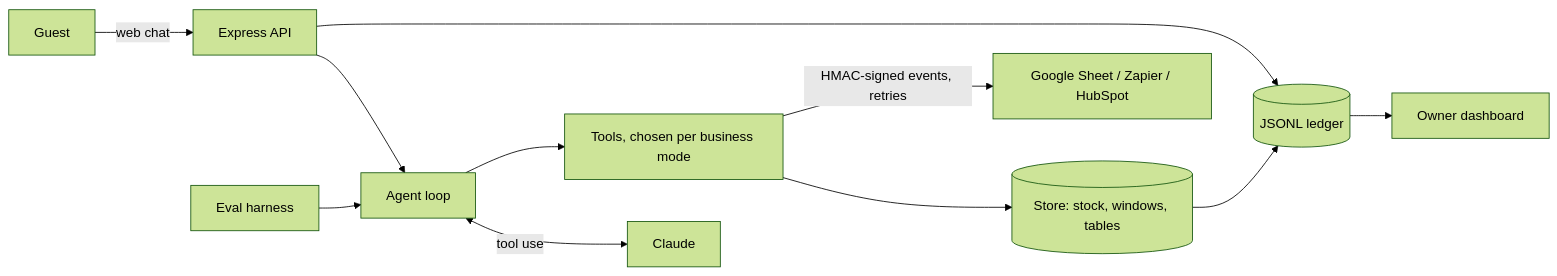
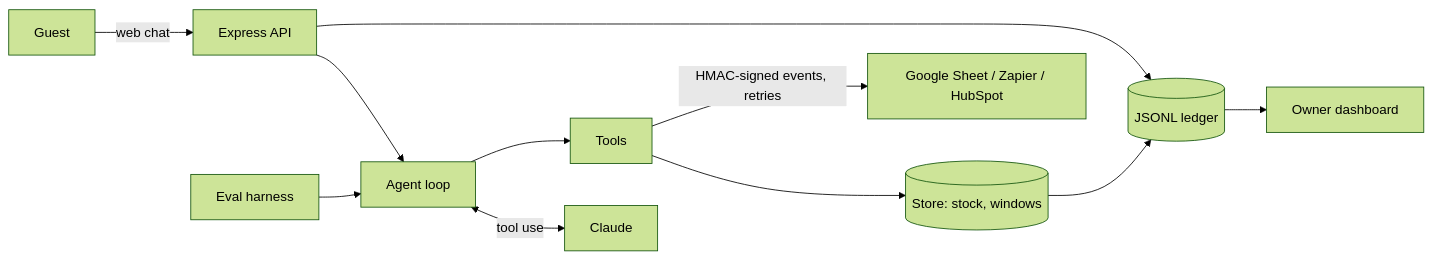
Before and after one commit to yuribelorusets/mise: the diagram in README.md, drawn with Mermaid (forest theme). The commit also changed other lines of this file and 17 other files, not shown here.

````diff
--- a/README.md
+++ b/README.md
@@ -33,13 +32,13 @@
 ```mermaid
 flowchart LR
   G[Guest] -->|web chat| API[Express API]
   API --> AG[Agent loop]
   AG <-->|tool use| LLM[Claude]
-  AG --> T[Tools, chosen per business mode]
-  T --> S[(Store: stock, windows, tables)]
+  AG --> T[Tools]
+  T --> S[(Store: stock, windows)]
   S --> L[(JSONL ledger)]
   API --> L
   L --> AD[Owner dashboard]
   T -->|HMAC-signed events, retries| CRM[Google Sheet / Zapier / HubSpot]
   EV[Eval harness] --> AG
 ```
````
